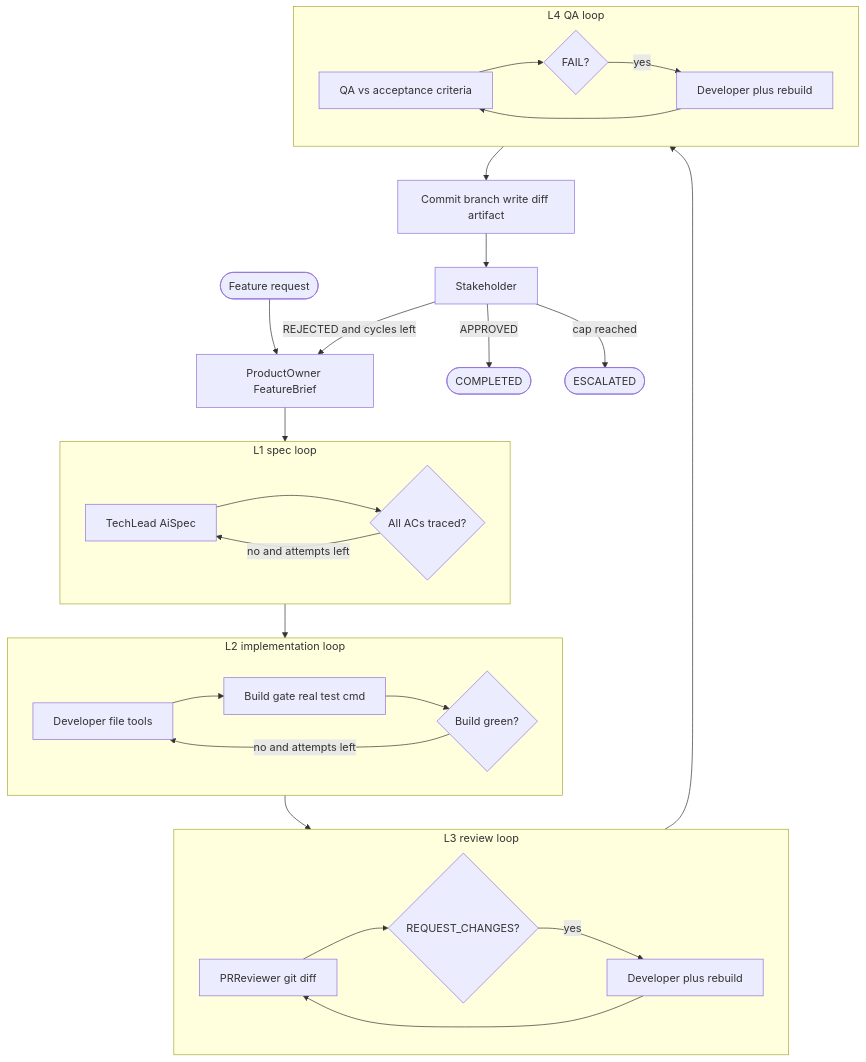
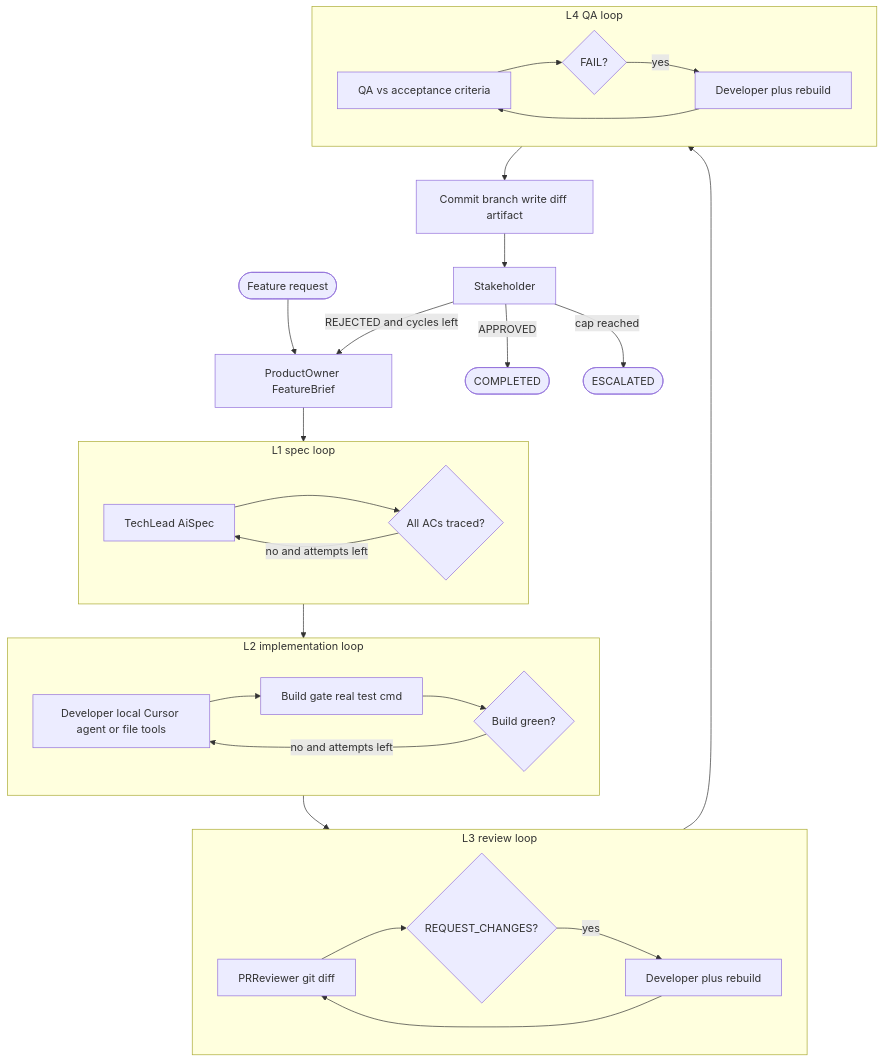
Before and after one commit to josalero/learning-with-me: the fourth of 7 diagrams in software-dev-team-cursor/docs/architecture.md, drawn with Mermaid. The commit also changed other lines of this file and 305 other files, not shown here.

````diff
--- a/software-dev-team-cursor/docs/architecture.md
+++ b/software-dev-team-cursor/docs/architecture.md
@@ -82,32 +82,32 @@
 ```mermaid
 flowchart TD
   Start([Feature request]) --> PO[ProductOwner FeatureBrief]
   PO --> SpecLoop
   subgraph SpecLoop [L1 spec loop]
     TL[TechLead AiSpec] --> Covered{All ACs traced?}
     Covered -->|no and attempts left| TL
   end
   SpecLoop --> ImplLoop
   subgraph ImplLoop [L2 implementation loop]
-    Dev[Developer file tools] --> Gate[Build gate real test cmd]
+    Dev[Developer local Cursor agent or file tools] --> Gate[Build gate real test cmd]
     Gate --> Green{Build green?}
     Green -->|no and attempts left| Dev
   end
   ImplLoop --> RevLoop
   subgraph RevLoop [L3 review loop]
     PR[PRReviewer git diff] --> NeedFix{REQUEST_CHANGES?}
     NeedFix -->|yes| Rework[Developer plus rebuild]
     Rework --> PR
   end
   RevLoop --> QaLoop
   subgraph QaLoop [L4 QA loop]
     QA[QA vs acceptance criteria] --> QaFail{FAIL?}
     QaFail -->|yes| QaFix[Developer plus rebuild]
     QaFix --> QA
   end
   QaLoop --> Commit[Commit branch write diff artifact]
   Commit --> SH[Stakeholder]
   SH -->|REJECTED and cycles left| PO
   SH -->|APPROVED| Done([COMPLETED])
   SH -->|cap reached| Escalated([ESCALATED])
 ```
````
